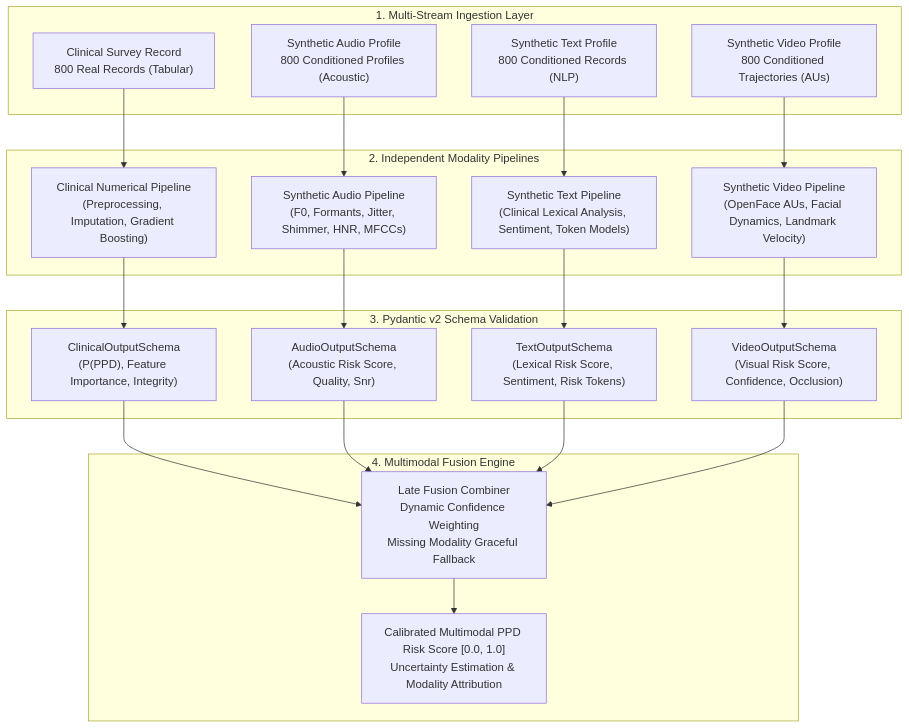
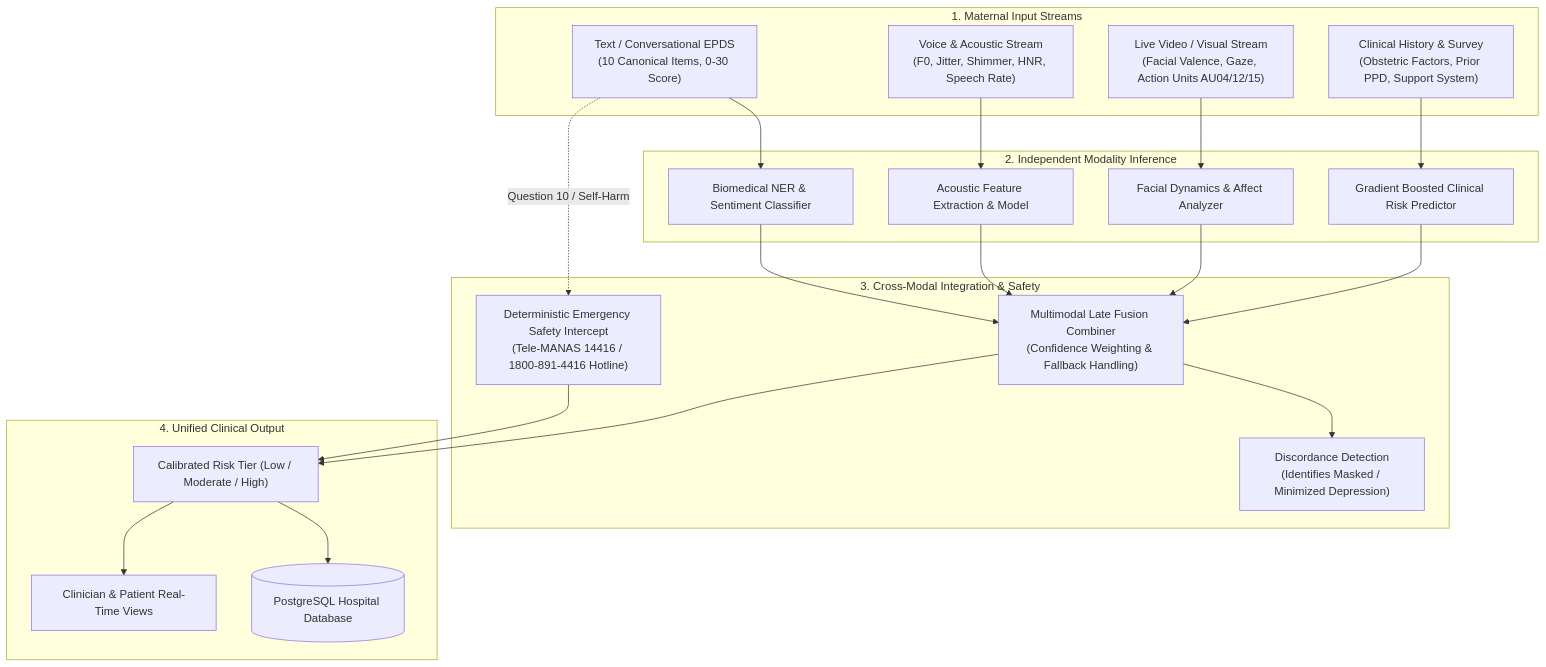
One commit to nishasss692/ppd-screening changed the diagram in README.md. Above: the diagram before and after it, drawn with Mermaid. The commit also changed other lines of this file and 2 other files, not shown here.

Commit message:
fix(ci): resolve test_config_defaults assertion, update headless system deps, and write comprehensive production README

````diff
--- a/README.md
+++ b/README.md
@@ -49,34 +81,40 @@
 ```mermaid
 flowchart TD
-    subgraph Ingestion["1. Multi-Stream Ingestion Layer"]
-        M1["Clinical Survey Record\n800 Real Records (Tabular)"]
-        M2["Synthetic Audio Profile\n800 Conditioned Profiles (Acoustic)"]
-        M3["Synthetic Text Profile\n800 Conditioned Records (NLP)"]
-        M4["Synthetic Video Profile\n800 Conditioned Trajectories (AUs)"]
+    subgraph Input["1. Maternal Input Streams"]
+        T["Text / Conversational EPDS\n(10 Canonical Items, 0-30 Score)"]
+        A["Voice & Acoustic Stream\n(F0, Jitter, Shimmer, HNR, Speech Rate)"]
+        V["Live Video / Visual Stream\n(Facial Valence, Gaze, Action Units AU04/12/15)"]
+        C["Clinical History & Survey\n(Obstetric Factors, Prior PPD, Support System)"]
     end
 
-    subgraph Pipelines["2. Independent Modality Pipelines"]
-        P1["Clinical Numerical Pipeline\n(Preprocessing, Imputation, Gradient Boosting)"]
-        P2["Synthetic Audio Pipeline\n(F0, Formants, Jitter, Shimmer, HNR, MFCCs)"]
-        P3["Synthetic Text Pipeline\n(Clinical Lexical Analysis, Sentiment, Token Models)"]
-        P4["Synthetic Video Pipeline\n(OpenFace AUs, Facial Dynamics, Landmark Velocity)"]
+    subgraph Processing["2. Independent Modality Inference"]
+        P_T["Biomedical NER & Sentiment Classifier"]
+        P_A["Acoustic Feature Extraction & Model"]
+        P_V["Facial Dynamics & Affect Analyzer"]
+        P_C["Gradient Boosted Clinical Risk Predictor"]
     end
 
-    subgraph Contracts["3. Pydantic v2 Schema Validation"]
-        C1["ClinicalOutputSchema\n(P(PPD), Feature Importance, Integrity)"]
-        C2["AudioOutputSchema\n(Acoustic Risk Score, Quality, Snr)"]
-        C3["TextOutputSchema\n(Lexical Risk Score, Sentiment, Risk Tokens)"]
-        C4["VideoOutputSchema\n(Visual Risk Score, Confidence, Occlusion)"]
+    subgraph Fusion["3. Cross-Modal Integration & Safety"]
+        F["Multimodal Late Fusion Combiner\n(Confidence Weighting & Fallback Handling)"]
+        D["Discordance Detection\n(Identifies Masked / Minimized Depression)"]
+        S["Deterministic Emergency Safety Intercept\n(Tele-MANAS 14416 / 1800-891-4416 Hotline)"]
     end
 
-    subgraph Fusion["4. Multimodal Fusion Engine"]
-        F1["Late Fusion Combiner\nDynamic Confidence Weighting\nMissing Modality Graceful Fallback"]
-        F2["Calibrated Multimodal PPD Risk Score [0.0, 1.0]\nUncertainty Estimation & Modality Attribution"]
+    subgraph Output["4. Unified Clinical Output"]
+        R["Calibrated Risk Tier (Low / Moderate / High)"]
+        DB[(PostgreSQL Hospital Database)]
+        Dash["Clinician & Patient Real-Time Views"]
     end
 
-    M1 --> P1 --> C1 --> F1
-    M2 --> P2 --> C2 --> F1
-    M3 --> P3 --> C3 --> F1
-    M4 --> P4 --> C4 --> F1
-    F1 --> F2
+    T --> P_T --> F
+    A --> P_A --> F
+    V --> P_V --> F
+    C --> P_C --> F
+
+    T -.->|Question 10 / Self-Harm| S
+    F --> D
+    F --> R
+    S --> R
+    R --> DB
+    R --> Dash
 ```
````
